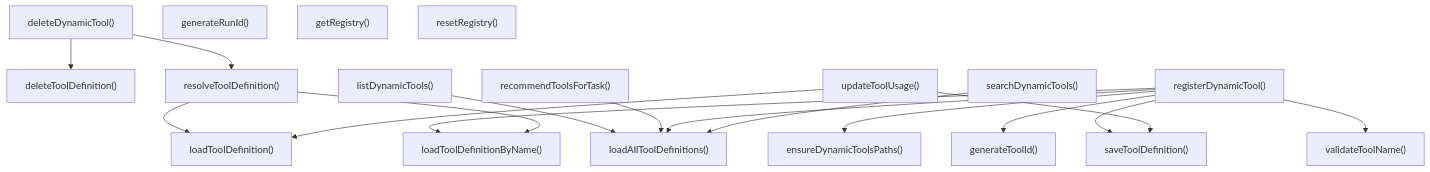
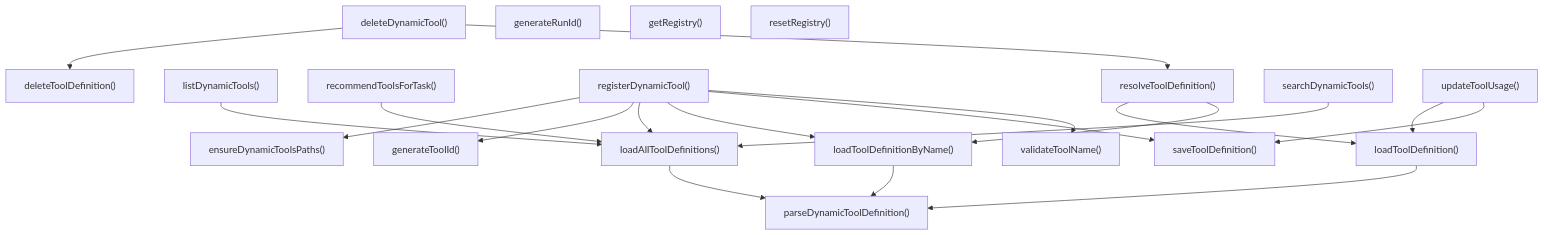
One commit to Mekann2904/mekann changed the third of 4 diagrams in ABDD/.pi/lib/dynamic-tools/registry.md. Above: the diagram before and after it, drawn with Mermaid. The commit also changed other lines of this file and 205 other files, not shown here.

````diff
--- a/ABDD/.pi/lib/dynamic-tools/registry.md
+++ b/ABDD/.pi/lib/dynamic-tools/registry.md
@@ -134,36 +139,40 @@
 ```mermaid
 flowchart TD
   deleteDynamicTool["deleteDynamicTool()"]
   deleteToolDefinition["deleteToolDefinition()"]
   ensureDynamicToolsPaths["ensureDynamicToolsPaths()"]
   generateRunId["generateRunId()"]
   generateToolId["generateToolId()"]
   getRegistry["getRegistry()"]
   listDynamicTools["listDynamicTools()"]
   loadAllToolDefinitions["loadAllToolDefinitions()"]
   loadToolDefinition["loadToolDefinition()"]
   loadToolDefinitionByName["loadToolDefinitionByName()"]
+  parseDynamicToolDefinition["parseDynamicToolDefinition()"]
   recommendToolsForTask["recommendToolsForTask()"]
   registerDynamicTool["registerDynamicTool()"]
   resetRegistry["resetRegistry()"]
   resolveToolDefinition["resolveToolDefinition()"]
   saveToolDefinition["saveToolDefinition()"]
   searchDynamicTools["searchDynamicTools()"]
   updateToolUsage["updateToolUsage()"]
   validateToolName["validateToolName()"]
   deleteDynamicTool --> deleteToolDefinition
   deleteDynamicTool --> resolveToolDefinition
   listDynamicTools --> loadAllToolDefinitions
+  loadAllToolDefinitions --> parseDynamicToolDefinition
+  loadToolDefinition --> parseDynamicToolDefinition
+  loadToolDefinitionByName --> parseDynamicToolDefinition
   recommendToolsForTask --> loadAllToolDefinitions
   registerDynamicTool --> ensureDynamicToolsPaths
   registerDynamicTool --> generateToolId
   registerDynamicTool --> loadAllToolDefinitions
   registerDynamicTool --> loadToolDefinitionByName
   registerDynamicTool --> saveToolDefinition
   registerDynamicTool --> validateToolName
   resolveToolDefinition --> loadToolDefinition
   resolveToolDefinition --> loadToolDefinitionByName
   searchDynamicTools --> loadAllToolDefinitions
   updateToolUsage --> loadToolDefinition
   updateToolUsage --> saveToolDefinition
 ```
````
